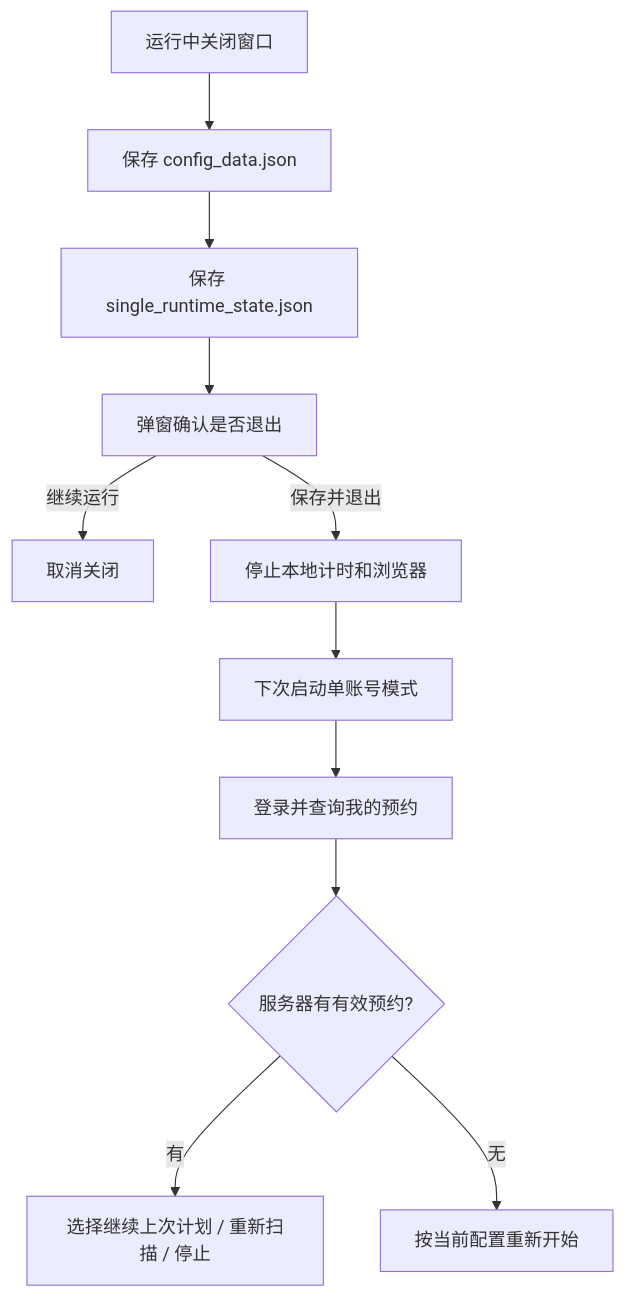
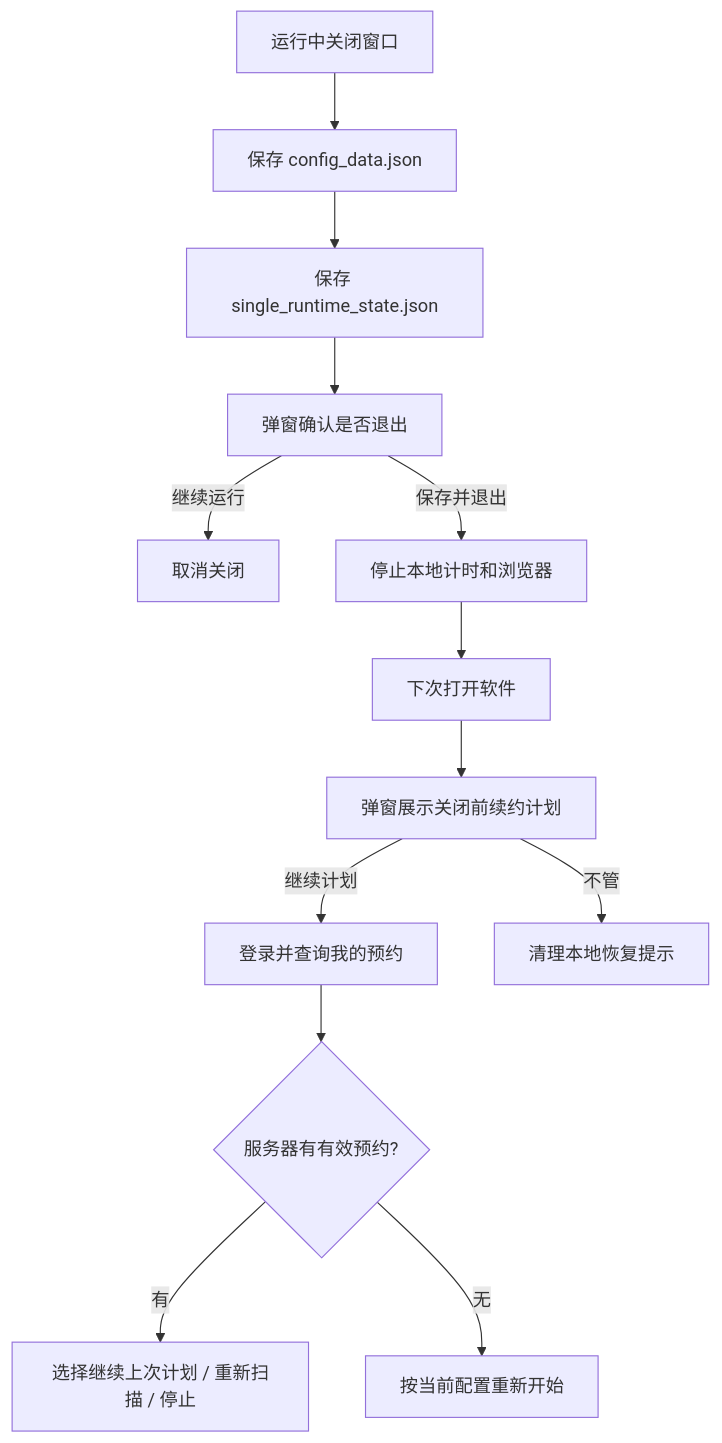
Before and after one commit to LiuDaCheng666/LNU-LibSeat: the diagram in README.md, drawn with Mermaid. The commit also changed other lines of this file and 18 other files, not shown here.

````diff
--- a/README.md
+++ b/README.md
@@ -264,13 +279,15 @@
 ```mermaid
 flowchart TD
     A["运行中关闭窗口"] --> B["保存 config_data.json"]
     B --> C["保存 single_runtime_state.json"]
     C --> D["弹窗确认是否退出"]
     D -- "继续运行" --> E["取消关闭"]
     D -- "保存并退出" --> F["停止本地计时和浏览器"]
-    F --> G["下次启动单账号模式"]
-    G --> H["登录并查询我的预约"]
-    H --> I{"服务器有有效预约?"}
-    I -- "有" --> J["选择继续上次计划 / 重新扫描 / 停止"]
-    I -- "无" --> K["按当前配置重新开始"]
+    F --> G["下次打开软件"]
+    G --> H["弹窗展示关闭前续约计划"]
+    H -- "继续计划" --> I["登录并查询我的预约"]
+    H -- "不管" --> L["清理本地恢复提示"]
+    I --> J{"服务器有有效预约?"}
+    J -- "有" --> K["选择继续上次计划 / 重新扫描 / 停止"]
+    J -- "无" --> M["按当前配置重新开始"]
 ```
````
